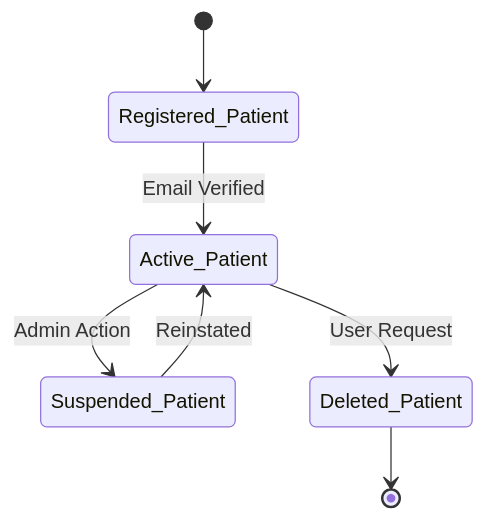
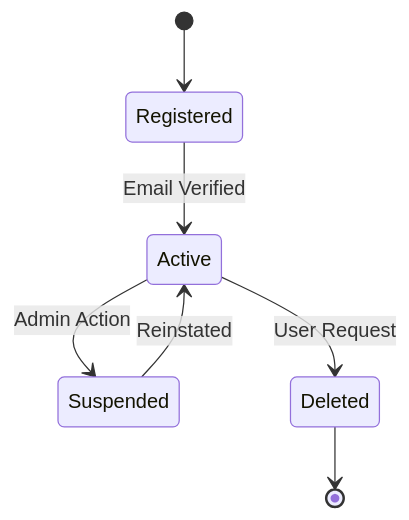
One commit to glory-kasongo-03/Doctor_appointment_booking_system changed the first of 8 diagrams in State Transition Diagrams.md. Above: the diagram before and after it, drawn with Mermaid. The commit also changed other lines of this file, not shown here.

Commit message:
Update State Transition Diagrams.md

````diff
--- a/State Transition Diagrams.md
+++ b/State Transition Diagrams.md
@@ -4,10 +4,9 @@
 ```mermaid
 stateDiagram-v2
-    %% Initial state
-    [*] --> Registered_Patient
-    Registered_Patient --> Active_Patient : Email Verified
-    Active_Patient --> Suspended_Patient : Admin Action
-    Suspended_Patient --> Active_Patient : Reinstated
-    Active_Patient --> Deleted_Patient : User Request
-    Deleted_Patient --> [*]
+    [*] --> Registered
+    Registered --> Active : Email Verified
+    Active --> Suspended : Admin Action
+    Suspended --> Active : Reinstated
+    Active --> Deleted : User Request
+    Deleted --> [*]
 ```
````
